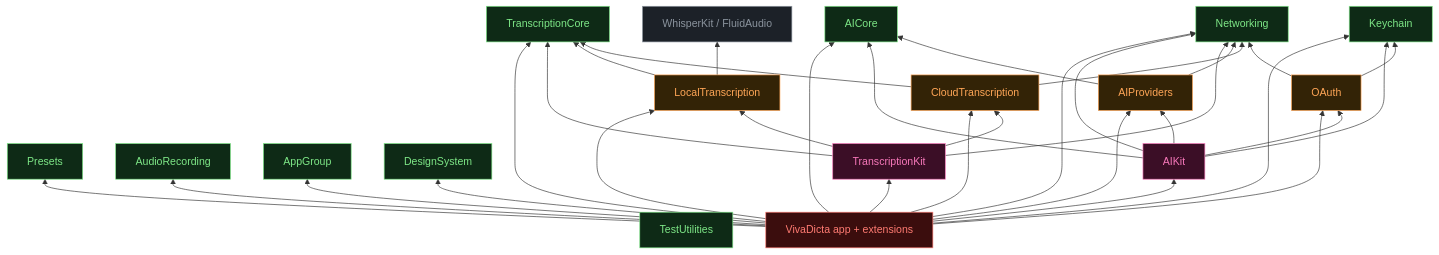
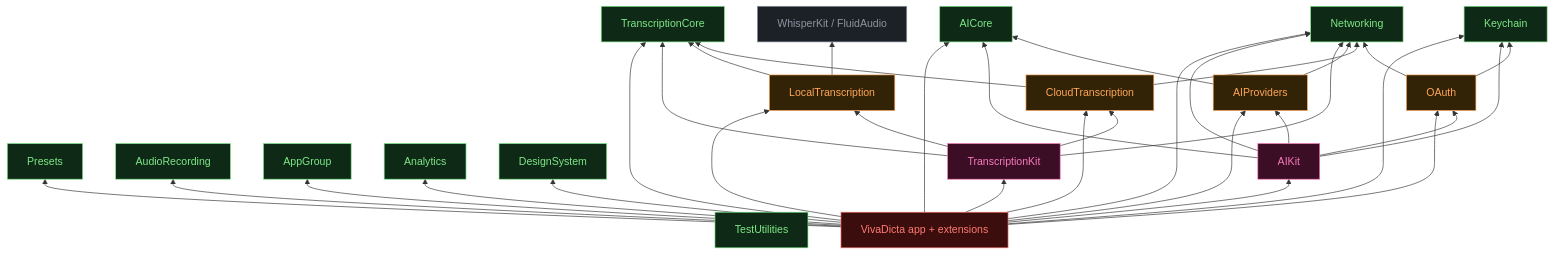
The second of 4 diagrams in documentation/Module-Architecture.md (n0an/VivaDicta), drawn with Mermaid before and after one commit. The commit also changed other lines of this file and 1 other file, not shown here.

Commit message:
Docs: add Analytics module to the architecture diagrams + catalogue
Reflect the Analytics SPM extraction: Analytics joins the Core layer
(pure Foundation, no module deps) with a VivaDicta -> Analytics edge in
both dependency graphs (README + Module-Architecture.md), a catalogue
row, the layered view, the layer table, and the Modules/ tree.

````diff
--- a/documentation/Module-Architecture.md
+++ b/documentation/Module-Architecture.md
@@ -57,72 +58,74 @@
 ```mermaid
 graph BT
   classDef core fill:#0e2a16,stroke:#7ee787,color:#7ee787
   classDef adapter fill:#332306,stroke:#ffa657,color:#ffa657
   classDef orchestrator fill:#3b0e26,stroke:#f778ba,color:#f778ba
   classDef app fill:#3b0d0d,stroke:#ff7b72,color:#ff7b72
   classDef external fill:#1c2128,stroke:#8b949e,color:#8b949e
 
   %% Core
   Networking[Networking]:::core
   Keychain[Keychain]:::core
   Presets[Presets]:::core
   TranscriptionCore[TranscriptionCore]:::core
   AICore[AICore]:::core
   AudioRecording[AudioRecording]:::core
   AppGroup[AppGroup]:::core
+  Analytics[Analytics]:::core
   DesignSystem[DesignSystem]:::core
   TestUtilities[TestUtilities]:::core
 
   %% Adapters
   OAuth[OAuth]:::adapter
   CloudTranscription[CloudTranscription]:::adapter
   LocalTranscription[LocalTranscription]:::adapter
   AIProviders[AIProviders]:::adapter
 
   %% Orchestrators
   TranscriptionKit[TranscriptionKit]:::orchestrator
   AIKit[AIKit]:::orchestrator
 
   %% App
   VivaDicta[VivaDicta app + extensions]:::app
 
   %% External
   WhisperKit[WhisperKit / FluidAudio]:::external
 
   %% Adapter -> Core
   OAuth --> Keychain
   OAuth --> Networking
   CloudTranscription --> TranscriptionCore
   CloudTranscription --> Networking
   LocalTranscription --> TranscriptionCore
   LocalTranscription --> WhisperKit
   AIProviders --> AICore
   AIProviders --> Networking
 
   %% Orchestrator -> Adapter + Core
   TranscriptionKit --> TranscriptionCore
   TranscriptionKit --> CloudTranscription
   TranscriptionKit --> LocalTranscription
   TranscriptionKit --> Networking
   AIKit --> AICore
   AIKit --> AIProviders
   AIKit --> Keychain
   AIKit --> OAuth
   AIKit --> Networking
 
   %% App -> everything it composes
   VivaDicta --> TranscriptionKit
   VivaDicta --> AIKit
   VivaDicta --> CloudTranscription
   VivaDicta --> LocalTranscription
   VivaDicta --> OAuth
   VivaDicta --> AIProviders
   VivaDicta --> TranscriptionCore
   VivaDicta --> AICore
   VivaDicta --> Keychain
   VivaDicta --> Networking
   VivaDicta --> Presets
   VivaDicta --> AudioRecording
   VivaDicta --> AppGroup
+  VivaDicta --> Analytics
   VivaDicta --> DesignSystem
 ```
````
